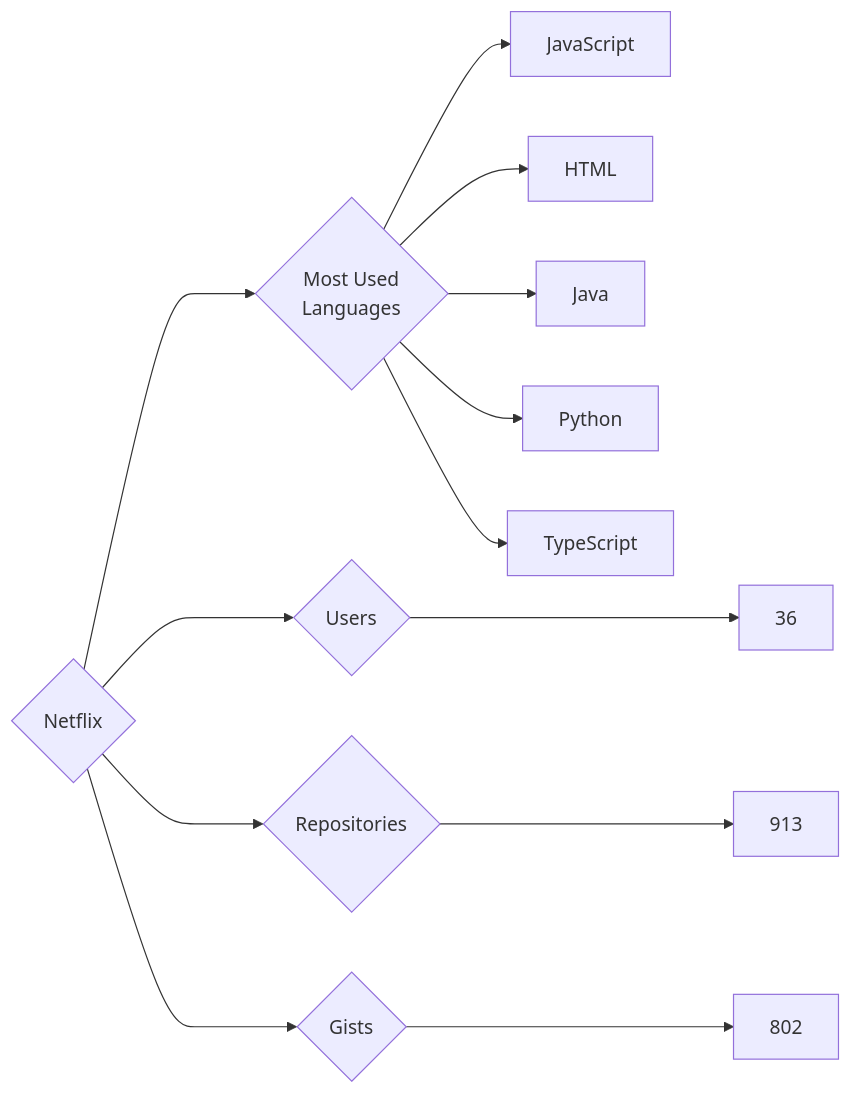
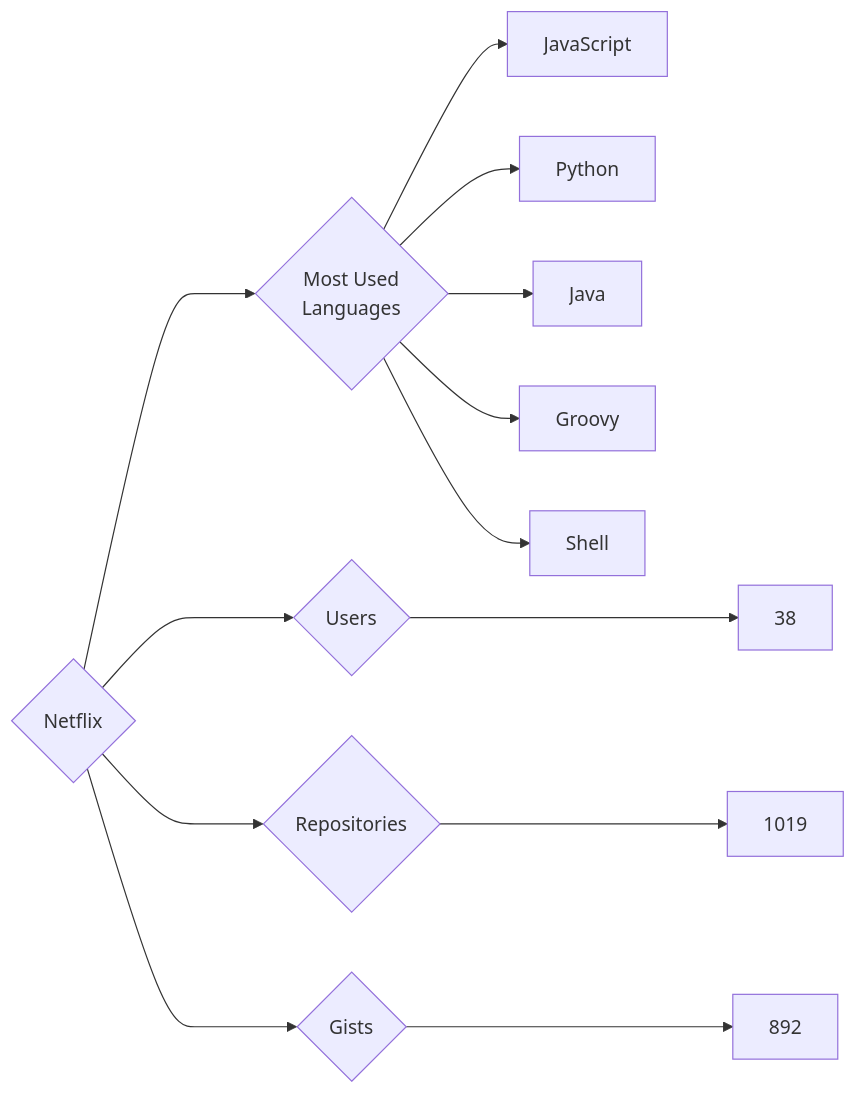
One commit to trickest/insiders changed the diagram in targets/Netflix/README.md. Above: the diagram before and after it, drawn with Mermaid. The commit also changed 870 other files, not shown here.

````diff
--- a/targets/Netflix/README.md
+++ b/targets/Netflix/README.md
@@ -3,13 +3,13 @@
 ```mermaid
 graph LR
 COMPANY_NAME{Netflix}
-COMPANY_NAME ---> U{Users} ---> UN[36]
-COMPANY_NAME ---> R{Repositories} ---> RN[913]
-COMPANY_NAME ---> G{Gists} ---> GN[802]
+COMPANY_NAME ---> U{Users} ---> UN[38]
+COMPANY_NAME ---> R{Repositories} ---> RN[1019]
+COMPANY_NAME ---> G{Gists} ---> GN[892]
 COMPANY_NAME ---> ML{Most Used<br>Languages}
 ML --> JavaScript[JavaScript]
-ML --> HTML[HTML]
+ML --> Python[Python]
 ML --> Java[Java]
-ML --> Python[Python]
-ML --> TypeScript[TypeScript]
+ML --> Groovy[Groovy]
+ML --> Shell[Shell]
 ```
````
